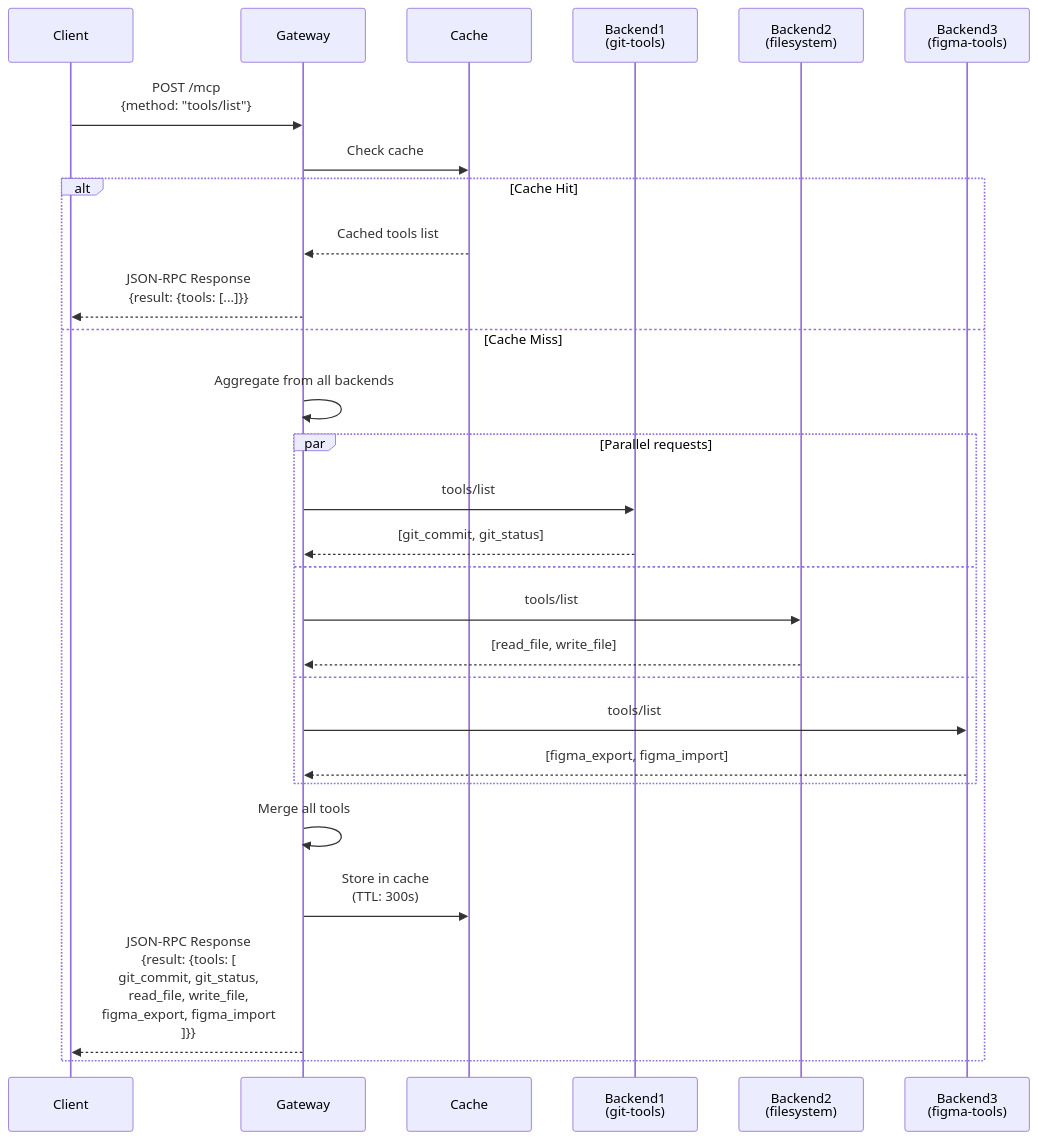
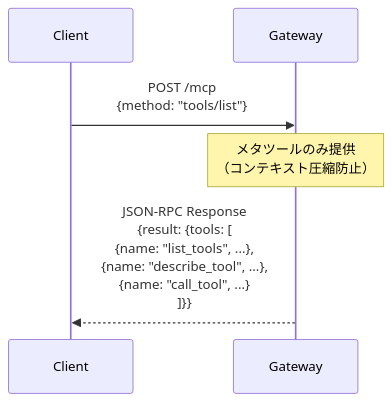
Before and after one commit to takutakahashi/awesome-mcp-proxy: the third of 3 diagrams in docs/gateway.md, drawn with Mermaid. The commit also changed other lines of this file and 1 other file, not shown here.

First line of the commit message:
feat: Implement meta-tool architecture for MCP Gateway

````diff
--- a/docs/gateway.md
+++ b/docs/gateway.md
@@ -317,37 +411,11 @@
 ```mermaid
 sequenceDiagram
     participant C as Client
     participant GW as Gateway
-    participant Cache as Cache
-    participant B1 as Backend1<br/>(git-tools)
-    participant B2 as Backend2<br/>(filesystem)
-    participant B3 as Backend3<br/>(figma-tools)
 
     C->>GW: POST /mcp<br/>{method: "tools/list"}
     
-    GW->>Cache: Check cache
+    Note over GW: メタツールのみ提供<br/>（コンテキスト圧縮防止）
     
-    alt Cache Hit
-        Cache-->>GW: Cached tools list
-        GW-->>C: JSON-RPC Response<br/>{result: {tools: [...]}}
-    else Cache Miss
-        GW->>GW: Aggregate from all backends
-        
-        par Parallel requests
-            GW->>B1: tools/list
-            B1-->>GW: [git_commit, git_status]
-        and
-            GW->>B2: tools/list
-            B2-->>GW: [read_file, write_file]
-        and
-            GW->>B3: tools/list
-            B3-->>GW: [figma_export, figma_import]
-        end
-        
-        GW->>GW: Merge all tools
-        
-        GW->>Cache: Store in cache<br/>(TTL: 300s)
-        
-        GW-->>C: JSON-RPC Response<br/>{result: {tools: [<br/>  git_commit, git_status,<br/>  read_file, write_file,<br/>  figma_export, figma_import<br/>]}}
-    end
+    GW-->>C: JSON-RPC Response<br/>{result: {tools: [<br/>  {name: "list_tools", ...},<br/>  {name: "describe_tool", ...},<br/>  {name: "call_tool", ...}<br/>]}}
 ```
````
